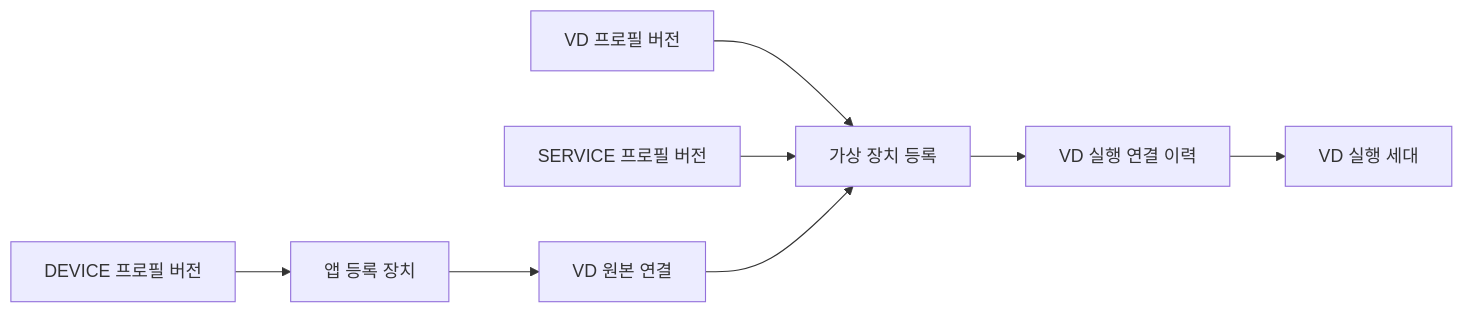
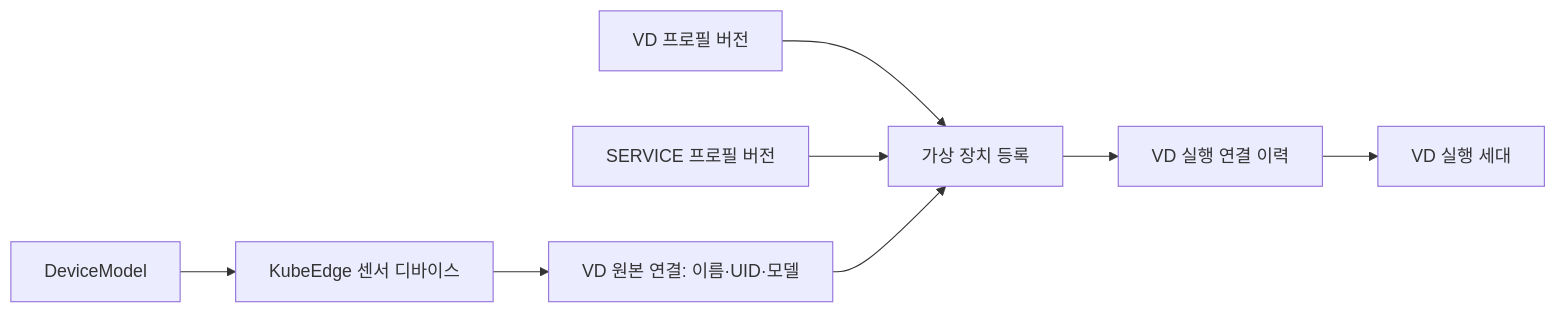
The diagram in docs/concepts/resources.md (dsa04156/edgeai), drawn with Mermaid before and after one commit. The commit also changed other lines of this file and 479 other files, not shown here.

````diff
--- a/docs/concepts/resources.md
+++ b/docs/concepts/resources.md
@@ -42,10 +44,10 @@
 ```mermaid
 flowchart LR
-  DP[DEVICE 프로필 버전] --> D[앱 등록 장치]
-  D --> B[VD 원본 연결]
+  DM[DeviceModel] --> D[KubeEdge 센서 디바이스]
+  D --> B[VD 원본 연결: 이름·UID·모델]
   VP[VD 프로필 버전] --> V[가상 장치 등록]
   SP[SERVICE 프로필 버전] --> V
   B --> V
   V --> RB[VD 실행 연결 이력]
   RB --> R[VD 실행 세대]
 ```
````
